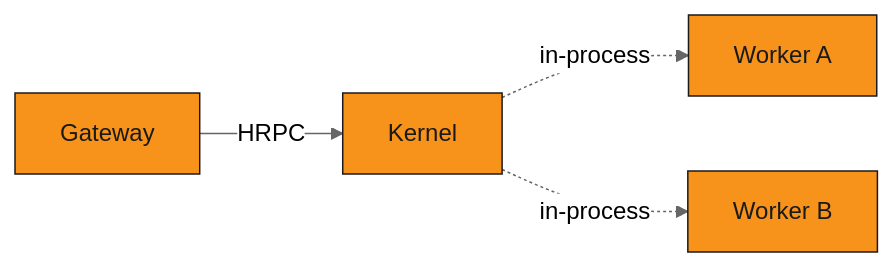
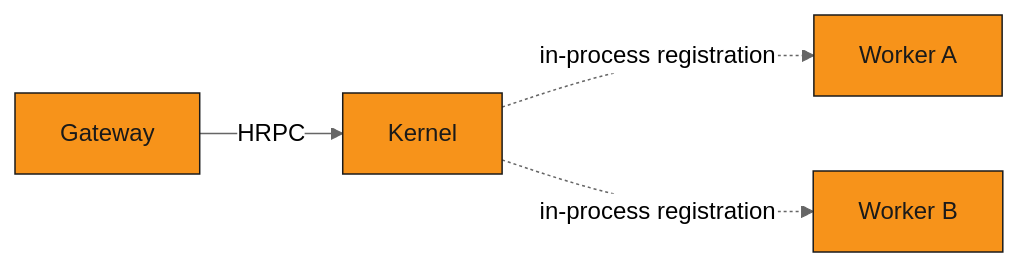
Before and after one commit to tekwani/mdk: the first of 3 diagrams in docs/concepts/deployment-topologies.md, drawn with Mermaid (neutral theme). The commit also changed other lines of this file and 2410 other files, not shown here.

````diff
--- a/docs/concepts/deployment-topologies.md
+++ b/docs/concepts/deployment-topologies.md
@@ -32,7 +57,7 @@
 ```mermaid
 flowchart LR
   classDef mdk fill:#F7931A,stroke:#1A1A1A,color:#1A1A1A
   sApp["Gateway"]:::mdk -->|"HRPC"| sKernel["Kernel"]:::mdk
-  sKernel -.->|"in-process"| sW1["Worker A"]:::mdk
-  sKernel -.->|"in-process"| sW2["Worker B"]:::mdk
+  sKernel -.->|"in-process registration"| sW1["Worker A"]:::mdk
+  sKernel -.->|"in-process registration"| sW2["Worker B"]:::mdk
 ```
````
